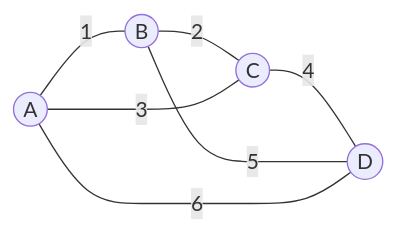
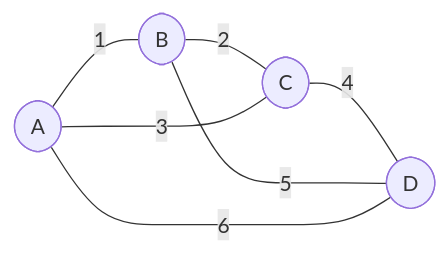
The second of 4 diagrams in my-notes/01-基础巩固/11-图相关的算法/05-最小生成树-Kruskal算法.md (freeedoooooo/algs), drawn with Mermaid before and after one commit. The commit also changed other lines of this file, not shown here.

````diff
--- a/my-notes/01-基础巩固/11-图相关的算法/05-最小生成树-Kruskal算法.md
+++ b/my-notes/01-基础巩固/11-图相关的算法/05-最小生成树-Kruskal算法.md
@@ -135,9 +135,9 @@
 ```mermaid
 graph LR
-    A((A)) ---|1| B((B))
-    B ---|2| C((C))
-    A ---|3| C
-    C ---|4| D((D))
-    B ---|5| D
-    A ---|6| D
+    A(["A"]) ---|"1"| B(["B"])
+    B ---|"2"| C(["C"])
+    A ---|"3"| C
+    C ---|"4"| D(["D"])
+    B ---|"5"| D
+    A ---|"6"| D
 ```
````
